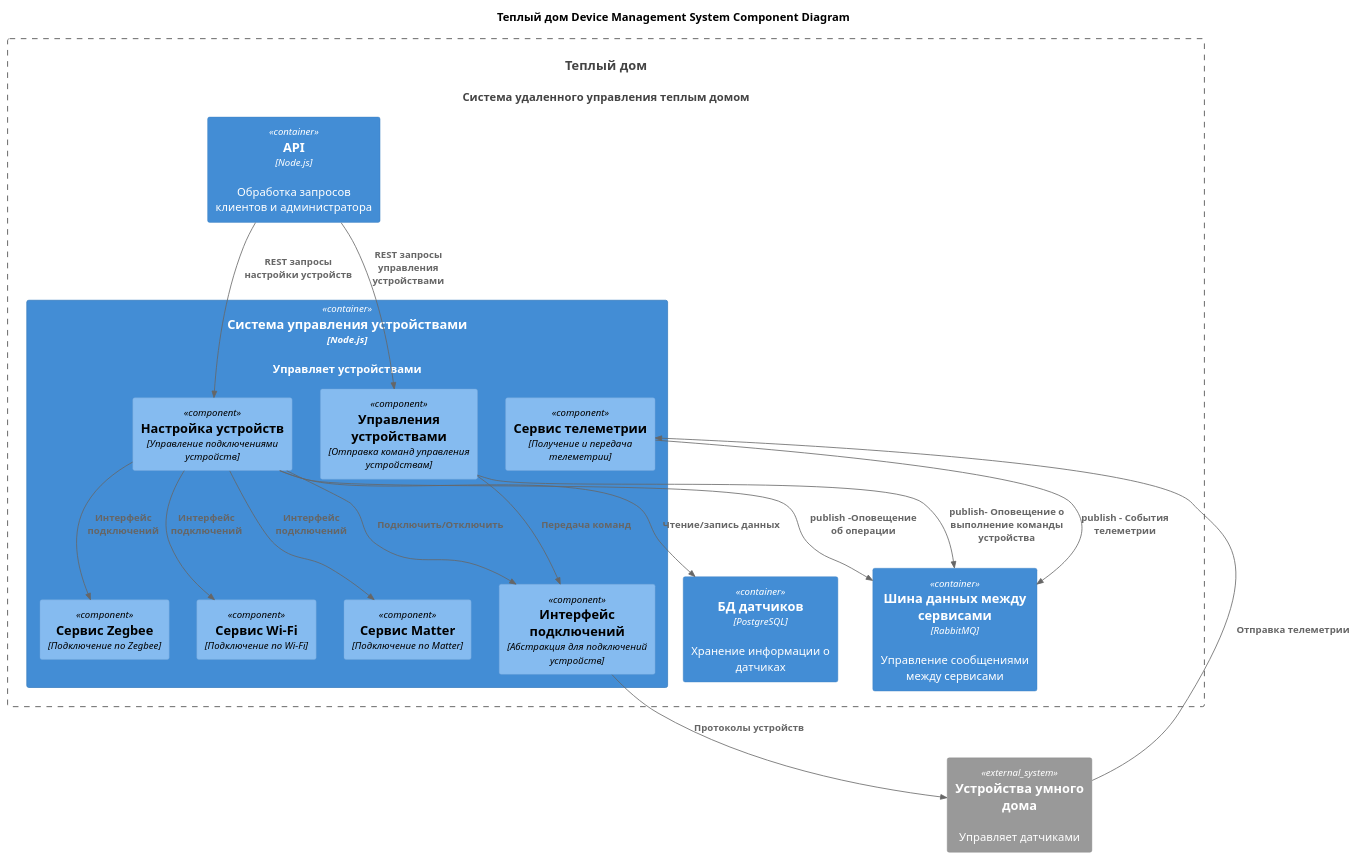
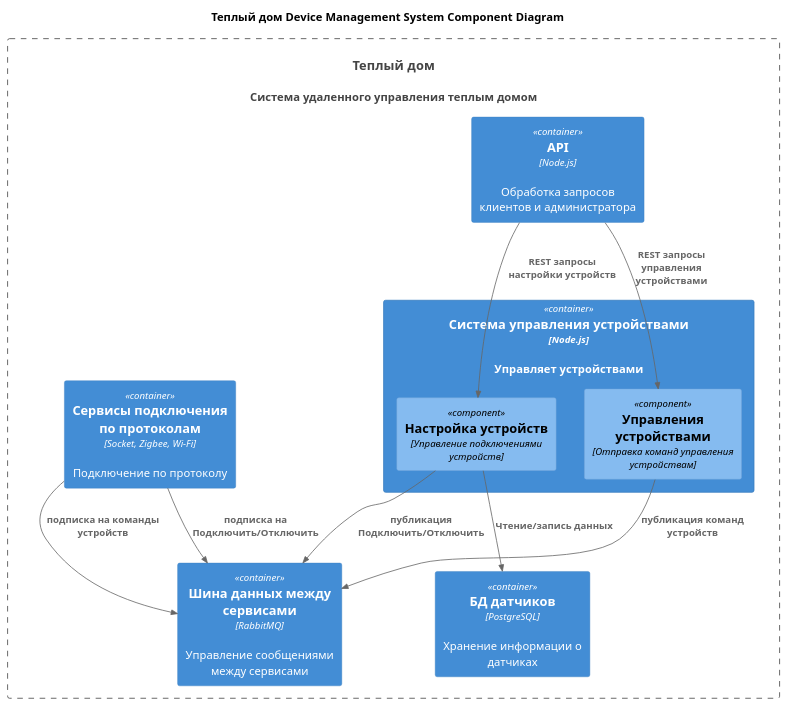
Before and after one commit to AntonVolkov71/architecture-pro-warmhouse: the diagram in schemas/new_app/components/DeviceManagementSystem.component.puml, drawn with PlantUML. The commit also changed 121 other files, not shown here.

Commit message:
create app device_management

```diff
--- a/schemas/new_app/components/DeviceManagementSystem.component.puml
+++ b/schemas/new_app/components/DeviceManagementSystem.component.puml
@@ -1,46 +1,32 @@
 @startuml
 title Теплый дом Device Management System Component Diagram
 
 top to bottom direction
 
 !includeurl https://raw.githubusercontent.com/RicardoNiepel/C4-PlantUML/master/C4_Component.puml
 
 System(WarmHouseSystem, "Теплый дом", "Система удаленного управления теплым домом")
 Container_Boundary(WarmHouseSystem, "Теплый дом") {
   Container(DeviceManagementSystem, "Система управления устройствами", "Node.js", "Управляет устройствами")
   Container(DatabaseSensors, "БД датчиков", "PostgreSQL", "Хранение информации о датчиках")
   Container(MessageBroker, "Шина данных между сервисами", "RabbitMQ", "Управление сообщениями между сервисами")
   Container(api, "API", "Node.js", "Обработка запросов клиентов и администратора")
+  Container(ConnectToDeviceServices, "Сервисы подключения по протоколам", "Socket, Zigbee, Wi-Fi", "Подключение по протоколу")
 }
-
-System_Ext(sensors, "Устройства умного дома", "Управляет датчиками")
 
 Container(DeviceManagementSystem, "Система управления устройствами") {
  Component(managementDevice, "Настройка устройств", "Управление подключениями устройств")
- Component(connectionInterface, "Интерфейс подключений", "Абстракция для подключений устройств")
- Component(wifiConnection, "Сервис Wi-Fi", "Подключение по Wi-Fi")
- Component(matterConnection, "Сервис Matter", "Подключение по Matter")
- Component(zegbeeConnection, "Сервис Zegbee", "Подключение по Zegbee")
  Component(commandDevice, "Управления устройствами", "Отправка команд управления устройствам")
- Component(telemetryService, "Сервис телеметрии", "Получение и передача телеметрии")
 }
 
 Rel(api, managementDevice, "REST запросы настройки устройств")
 Rel(api, commandDevice, "REST запросы управления устройствами")
 
-Rel(managementDevice, connectionInterface, "Подключить/Отключить")
-Rel(commandDevice, connectionInterface, "Передача команд")
-
-Rel(connectionInterface, sensors, "Протоколы устройств")
-Rel(managementDevice, wifiConnection, "Интерфейс подключений")
-Rel(managementDevice, matterConnection, "Интерфейс подключений")
-Rel(managementDevice, zegbeeConnection, "Интерфейс подключений")
-
 Rel(managementDevice, DatabaseSensors, "Чтение/запись данных")
 
-Rel(managementDevice, MessageBroker, "publish -Оповещение об операции")
-Rel(commandDevice, MessageBroker, "publish- Оповещение о выполнение команды устройства")
+Rel(managementDevice, MessageBroker, "публикация Подключить/Отключить")
+Rel(commandDevice, MessageBroker, "публикация команд устройств")
+Rel(ConnectToDeviceServices, MessageBroker, "подписка на команды устройств")
+Rel(ConnectToDeviceServices, MessageBroker, "подписка на Подключить/Отключить")
 
-Rel(sensors, telemetryService, "Отправка телеметрии")
-Rel(telemetryService, MessageBroker, "publish - События телеметрии")
 @enduml
```
